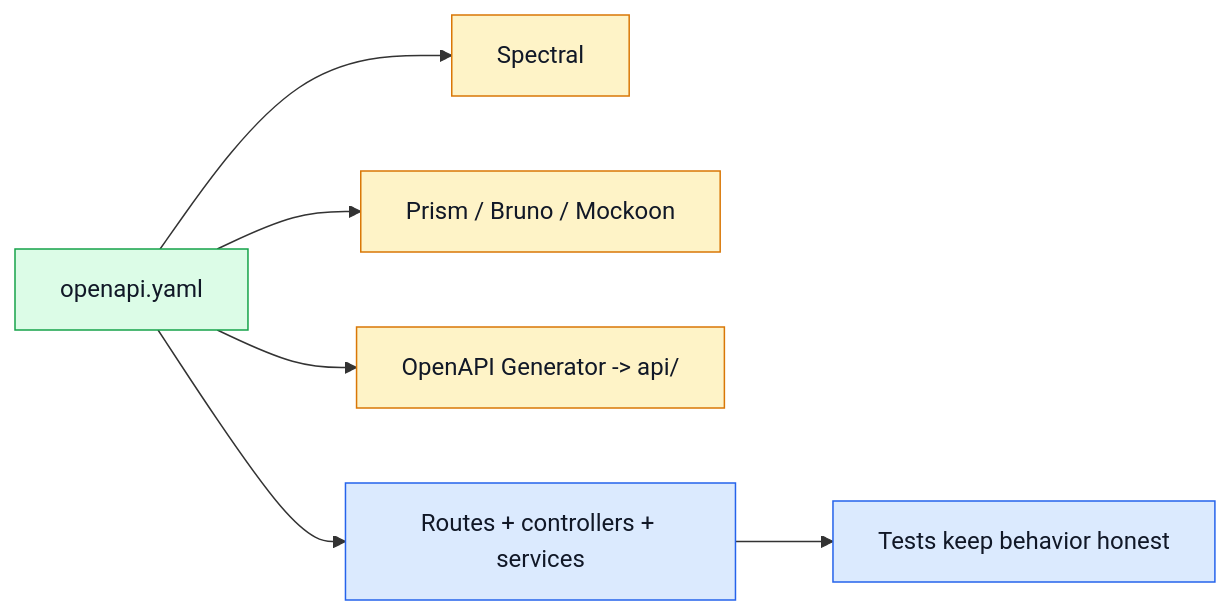
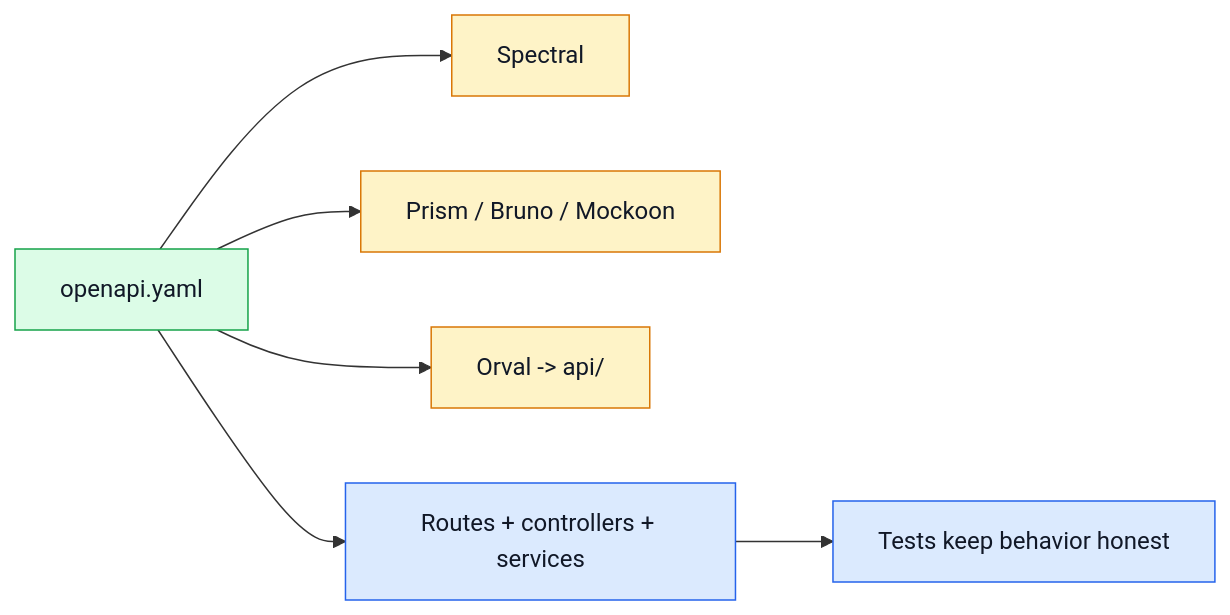
The diagram in docs/api/index.md (Guebbit/boilerplate-node-backend), drawn with Mermaid before and after one commit. The commit also changed 130 other files, not shown here.

````diff
--- a/docs/api/index.md
+++ b/docs/api/index.md
@@ -7,16 +7,16 @@
 ```mermaid
 %%{init: {'flowchart': {'nodeSpacing': 50, 'rankSpacing': 65}}}%%
 flowchart LR
     Spec[openapi.yaml] --> Lint[Spectral]
     Spec --> Mock[Prism / Bruno / Mockoon]
-    Spec --> Types[OpenAPI Generator -> api/]
+    Spec --> Types[Orval -> api/]
     Spec --> Impl[Routes + controllers + services]
     Impl --> Tests[Tests keep behavior honest]
 
     classDef contract fill:#dcfce7,stroke:#16a34a,color:#111827;
     classDef tooling fill:#fef3c7,stroke:#d97706,color:#111827;
     classDef app fill:#dbeafe,stroke:#2563eb,color:#111827;
     class Spec contract;
     class Lint,Mock,Types tooling;
     class Impl,Tests app;
 ```
````
